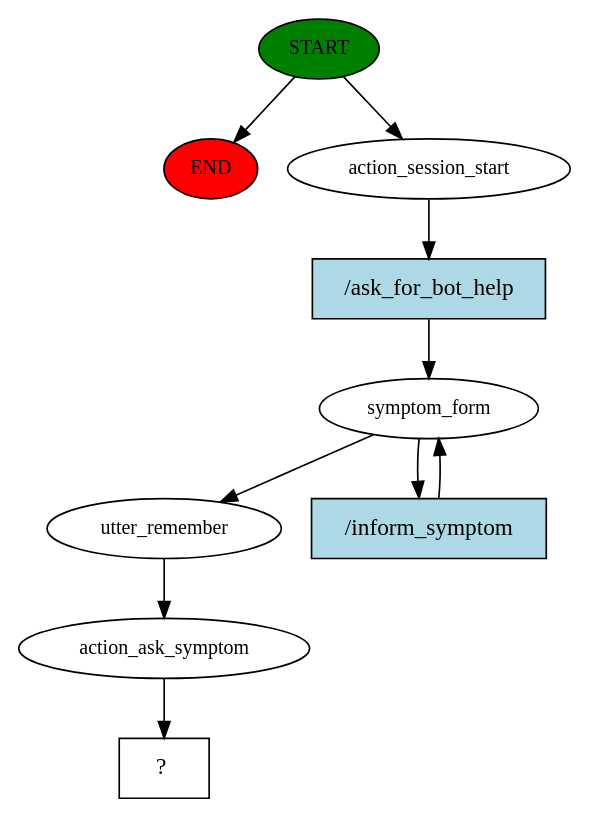
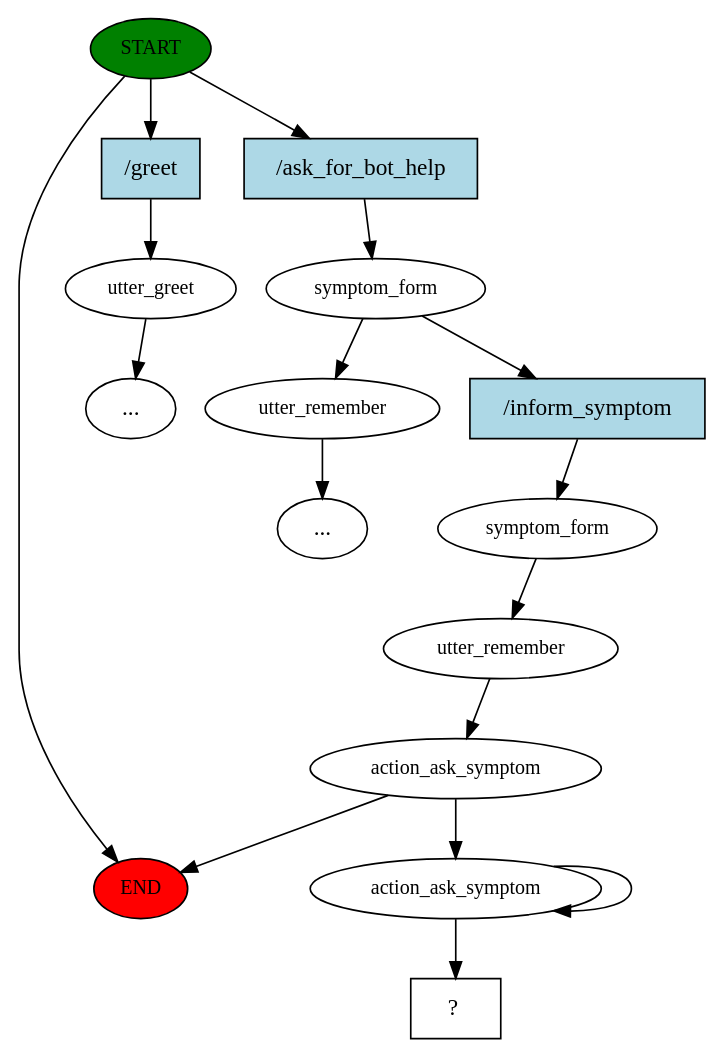
The diagram in story_graph.dot (khetpatiparn/THAI_MED_BOT), drawn with Graphviz before and after one commit. The commit also changed 4 other files, not shown here.

```diff
--- a/story_graph.dot
+++ b/story_graph.dot
@@ -1,20 +1,33 @@
 digraph  {
 0 [class="start active", fillcolor=green, fontsize=12, label=START, style=filled];
 "-1" [class=end, fillcolor=red, fontsize=12, label=END, style=filled];
-1 [class=active, fontsize=12, label=action_session_start];
-2 [class=active, fontsize=12, label=symptom_form];
-4 [class=active, fontsize=12, label=utter_remember];
-5 [class=active, fontsize=12, label=action_ask_symptom];
-6 [class="intent dashed active", label="  ?  ", shape=rect];
-7 [class="intent active", fillcolor=lightblue, label="/ask_for_bot_help", shape=rect, style=filled];
-8 [class="intent active", fillcolor=lightblue, label="/inform_symptom", shape=rect, style=filled];
+1 [class="", fontsize=12, label=utter_greet];
+"-5" [class=ellipsis, label="..."];
+4 [class=active, fontsize=12, label=symptom_form];
+5 [class="", fontsize=12, label=utter_remember];
+"-6" [class=ellipsis, label="..."];
+7 [class=active, fontsize=12, label=symptom_form];
+8 [class=active, fontsize=12, label=utter_remember];
+9 [class=active, fontsize=12, label=action_ask_symptom];
+14 [class=active, fontsize=12, label=action_ask_symptom];
+18 [class="intent dashed active", label="  ?  ", shape=rect];
+19 [class=intent, fillcolor=lightblue, label="/greet", shape=rect, style=filled];
+20 [class="intent active", fillcolor=lightblue, label="/ask_for_bot_help", shape=rect, style=filled];
+21 [class="intent active", fillcolor=lightblue, label="/inform_symptom", shape=rect, style=filled];
 0 -> "-1"  [class="", key=NONE, label=""];
-0 -> 1  [class=active, key=NONE, label=""];
-1 -> 7  [class=active, key=0];
-2 -> 4  [class=active, key=NONE, label=""];
-2 -> 8  [class=active, key=0];
-4 -> 5  [class=active, key=NONE, label=""];
-5 -> 6  [class=active, key=NONE, label=""];
-7 -> 2  [class=active, key=0];
-8 -> 2  [class=active, key=0];
+0 -> 19  [class="", key=0];
+0 -> 20  [class=active, key=0];
+1 -> "-5"  [class="", key=NONE, label=""];
+4 -> 5  [class="", key=NONE, label=""];
+4 -> 21  [class=active, key=0];
+5 -> "-6"  [class="", key=NONE, label=""];
+7 -> 8  [class=active, key=NONE, label=""];
+8 -> 9  [class=active, key=NONE, label=""];
+9 -> "-1"  [class="", key=NONE, label=""];
+9 -> 14  [class=active, key=NONE, label=""];
+14 -> 14  [class=active, key=NONE, label=""];
+14 -> 18  [class=active, key=NONE, label=""];
+19 -> 1  [class="", key=0];
+20 -> 4  [class=active, key=0];
+21 -> 7  [class=active, key=0];
 }
```
